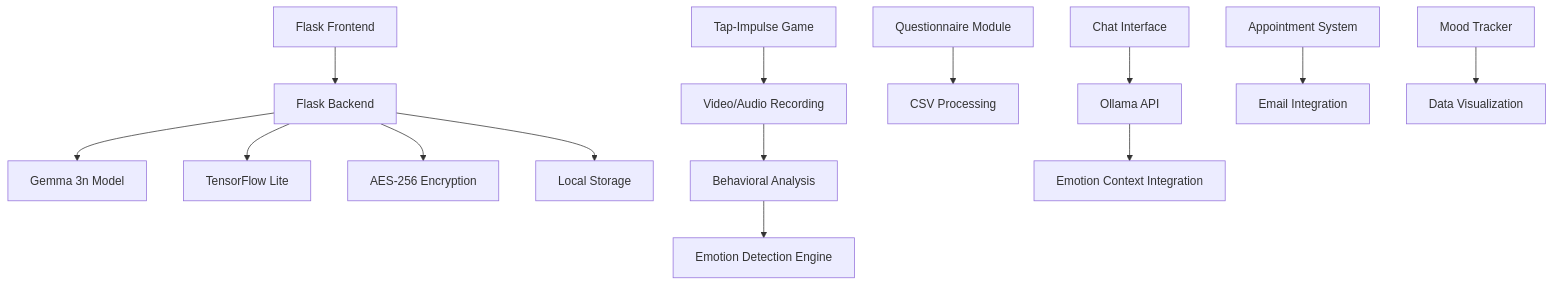
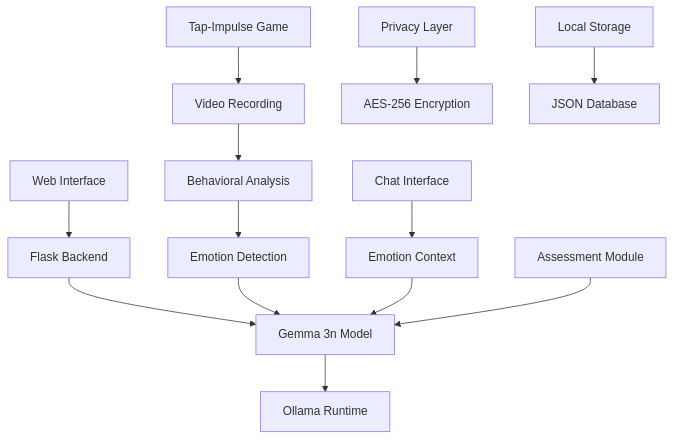
Before and after one commit to vinayak1729-web/Chikitsa_lite: the diagram in readme.md, drawn with Mermaid. The commit also changed other lines of this file, not shown here.

````diff
--- a/readme.md
+++ b/readme.md
@@ -182,19 +155,18 @@
 ```mermaid
 graph TB
-    A[Flask Frontend] --> B[Flask Backend]
+    A[Web Interface] --> B[Flask Backend]
     B --> C[Gemma 3n Model]
-    B --> D[TensorFlow Lite]
-    B --> E[AES-256 Encryption]
-    B --> F[Local Storage]
+    C --> D[Ollama Runtime]
     
-    G[Tap-Impulse Game] --> H[Video/Audio Recording]
-    H --> I[Behavioral Analysis]
-    I --> J[Emotion Detection Engine]
+    E[Tap-Impulse Game] --> F[Video Recording]
+    F --> G[Behavioral Analysis]
+    G --> H[Emotion Detection]
+    H --> C
     
-    K[Questionnaire Module] --> L[CSV Processing]
-    M[Chat Interface] --> N[Ollama API]
-    N --> O[Emotion Context Integration]
+    I[Chat Interface] --> J[Emotion Context]
+    J --> C
+    K[Assessment Module] --> C
     
-    P[Appointment System] --> Q[Email Integration]
-    R[Mood Tracker] --> S[Data Visualization]
+    L[Privacy Layer] --> M[AES-256 Encryption]
+    N[Local Storage] --> O[JSON Database]
 ```
````
